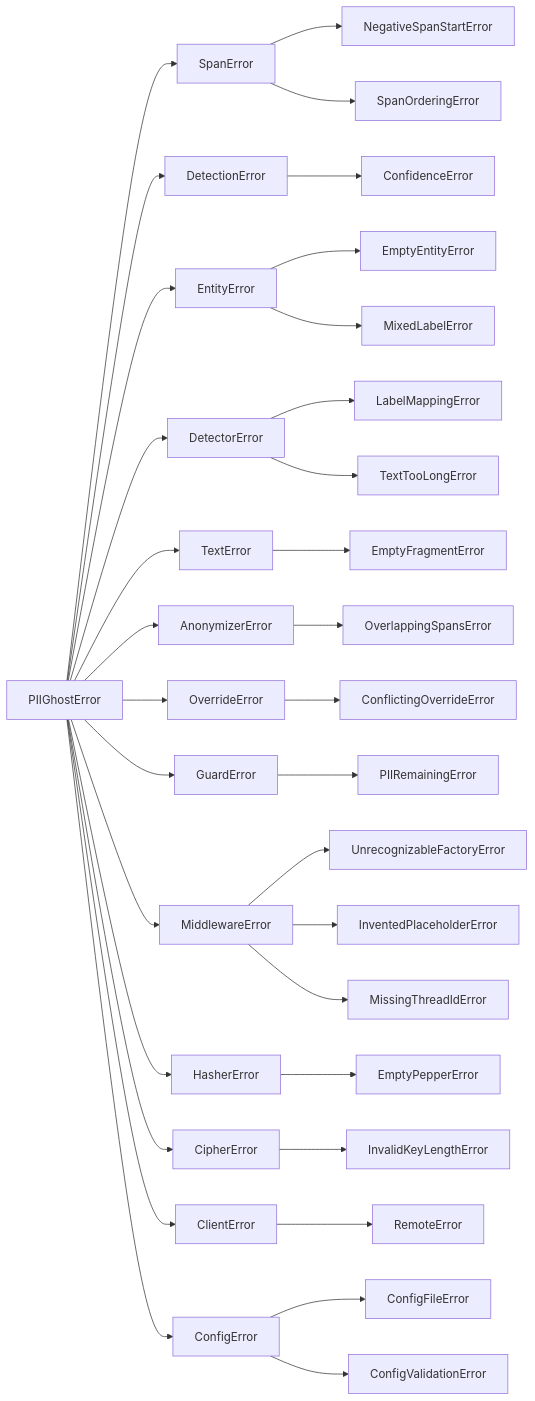
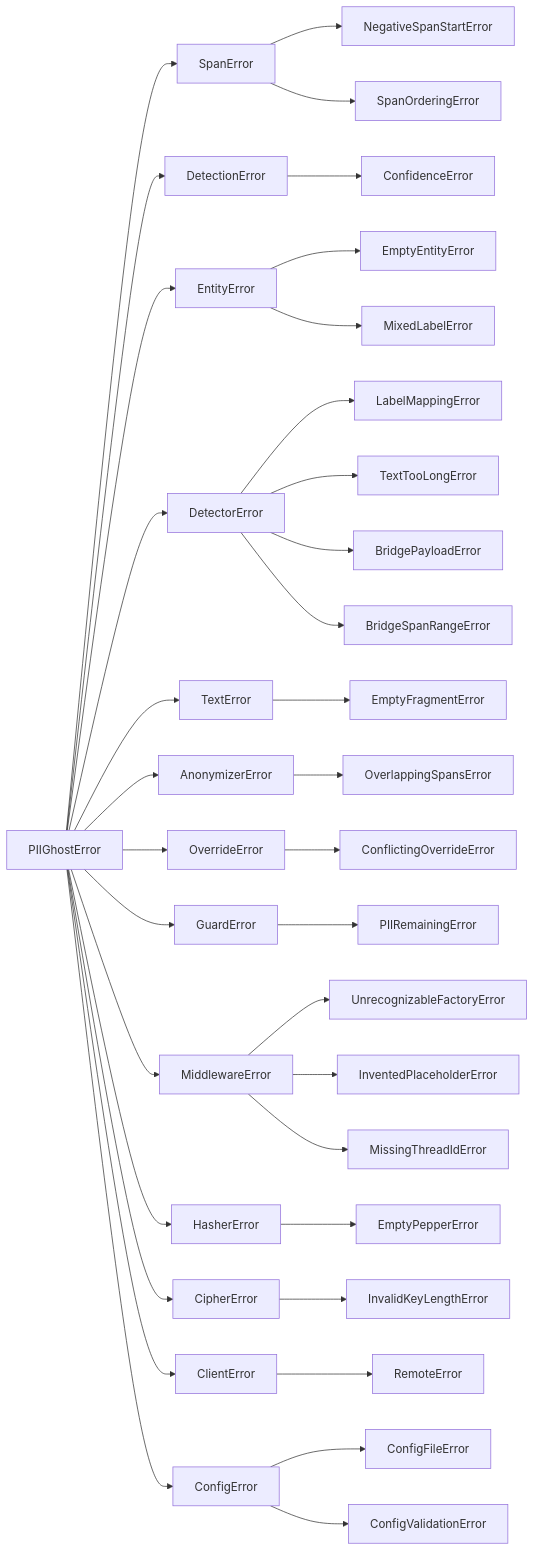
The diagram in docs/en/reference/errors.md (Athroniaeth/piighost), drawn with Mermaid before and after one commit. The commit also changed other lines of this file and 77 other files, not shown here.

````diff
--- a/docs/en/reference/errors.md
+++ b/docs/en/reference/errors.md
@@ -19,35 +19,37 @@
 ```mermaid
 flowchart LR
     PIIGhostError --> SpanError
     SpanError --> NegativeSpanStartError
     SpanError --> SpanOrderingError
     PIIGhostError --> DetectionError
     DetectionError --> ConfidenceError
     PIIGhostError --> EntityError
     EntityError --> EmptyEntityError
     EntityError --> MixedLabelError
     PIIGhostError --> DetectorError
     DetectorError --> LabelMappingError
     DetectorError --> TextTooLongError
+    DetectorError --> BridgePayloadError
+    DetectorError --> BridgeSpanRangeError
     PIIGhostError --> TextError
     TextError --> EmptyFragmentError
     PIIGhostError --> AnonymizerError
     AnonymizerError --> OverlappingSpansError
     PIIGhostError --> OverrideError
     OverrideError --> ConflictingOverrideError
     PIIGhostError --> GuardError
     GuardError --> PIIRemainingError
     PIIGhostError --> MiddlewareError
     MiddlewareError --> UnrecognizableFactoryError
     MiddlewareError --> InventedPlaceholderError
     MiddlewareError --> MissingThreadIdError
     PIIGhostError --> HasherError
     HasherError --> EmptyPepperError
     PIIGhostError --> CipherError
     CipherError --> InvalidKeyLengthError
     PIIGhostError --> ClientError
     ClientError --> RemoteError
     PIIGhostError --> ConfigError
     ConfigError --> ConfigFileError
     ConfigError --> ConfigValidationError
 ```
````
